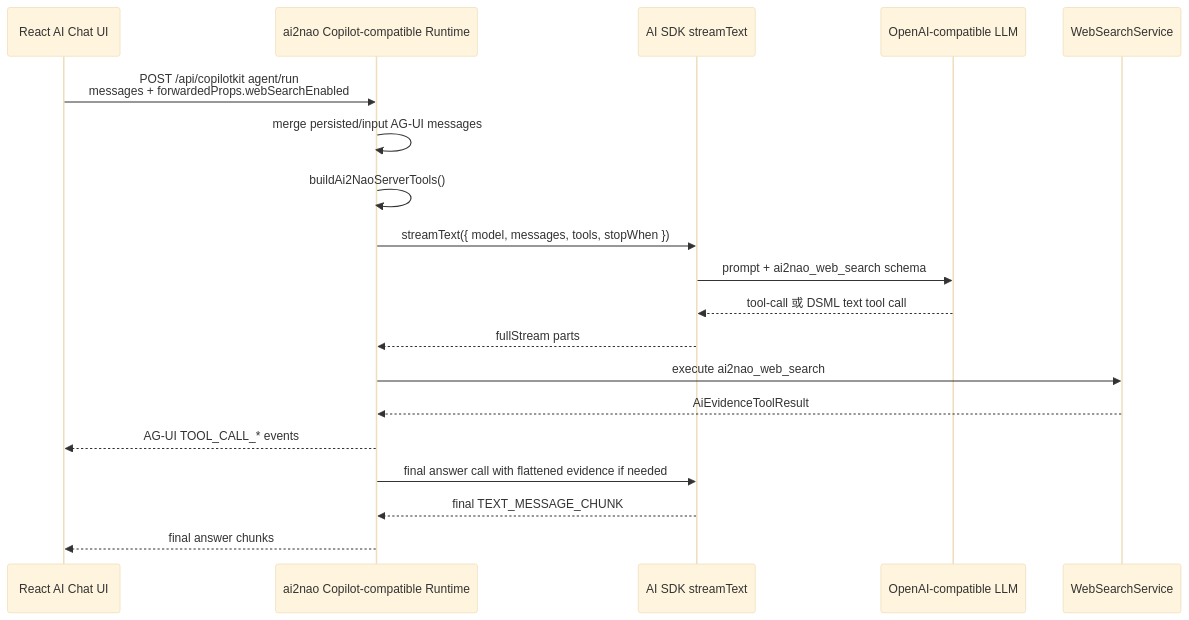
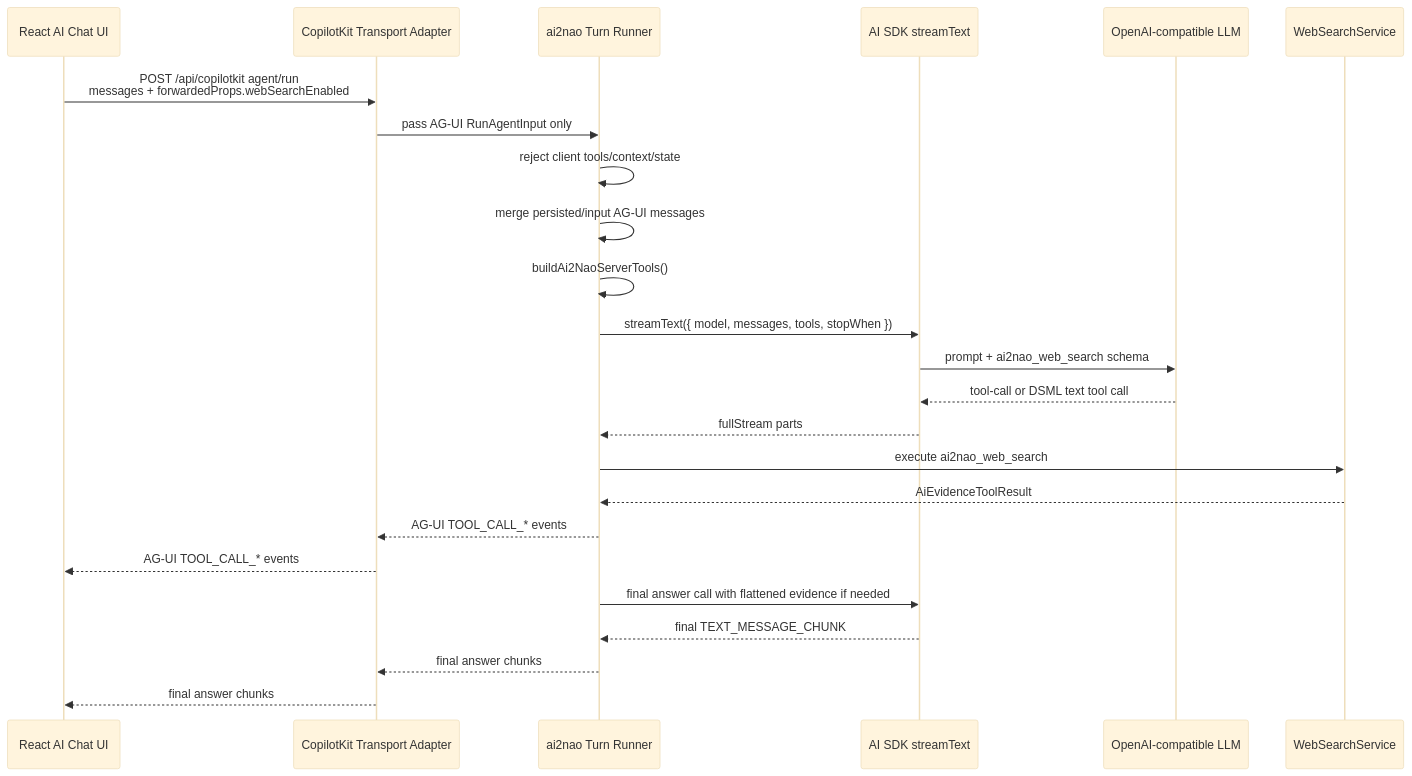
The diagram in docs/llm-web-search-tool.md (xunull/ai2nao), drawn with Mermaid (base theme) before and after one commit. The commit also changed other lines of this file and 9 other files, not shown here.

First line of the commit message:
feat: use CopilotKit runtime as transport adapter

````diff
--- a/docs/llm-web-search-tool.md
+++ b/docs/llm-web-search-tool.md
@@ -18,22 +18,27 @@
 ```mermaid
 sequenceDiagram
   participant UI as React AI Chat UI
-  participant Runtime as ai2nao Copilot-compatible Runtime
+  participant Runtime as CopilotKit Transport Adapter
+  participant Turn as ai2nao Turn Runner
   participant SDK as AI SDK streamText
   participant LLM as OpenAI-compatible LLM
   participant Search as WebSearchService
 
   UI->>Runtime: POST /api/copilotkit agent/run<br/>messages + forwardedProps.webSearchEnabled
-  Runtime->>Runtime: merge persisted/input AG-UI messages
-  Runtime->>Runtime: buildAi2NaoServerTools()
-  Runtime->>SDK: streamText({ model, messages, tools, stopWhen })
+  Runtime->>Turn: pass AG-UI RunAgentInput only
+  Turn->>Turn: reject client tools/context/state
+  Turn->>Turn: merge persisted/input AG-UI messages
+  Turn->>Turn: buildAi2NaoServerTools()
+  Turn->>SDK: streamText({ model, messages, tools, stopWhen })
   SDK->>LLM: prompt + ai2nao_web_search schema
-  LLM-->>SDK: tool-call 或 DSML text tool call
-  SDK-->>Runtime: fullStream parts
-  Runtime->>Search: execute ai2nao_web_search
-  Search-->>Runtime: AiEvidenceToolResult
+  LLM-->>SDK: tool-call or DSML text tool call
+  SDK-->>Turn: fullStream parts
+  Turn->>Search: execute ai2nao_web_search
+  Search-->>Turn: AiEvidenceToolResult
+  Turn-->>Runtime: AG-UI TOOL_CALL_* events
   Runtime-->>UI: AG-UI TOOL_CALL_* events
-  Runtime->>SDK: final answer call with flattened evidence if needed
-  SDK-->>Runtime: final TEXT_MESSAGE_CHUNK
+  Turn->>SDK: final answer call with flattened evidence if needed
+  SDK-->>Turn: final TEXT_MESSAGE_CHUNK
+  Turn-->>Runtime: final answer chunks
   Runtime-->>UI: final answer chunks
 ```
````
